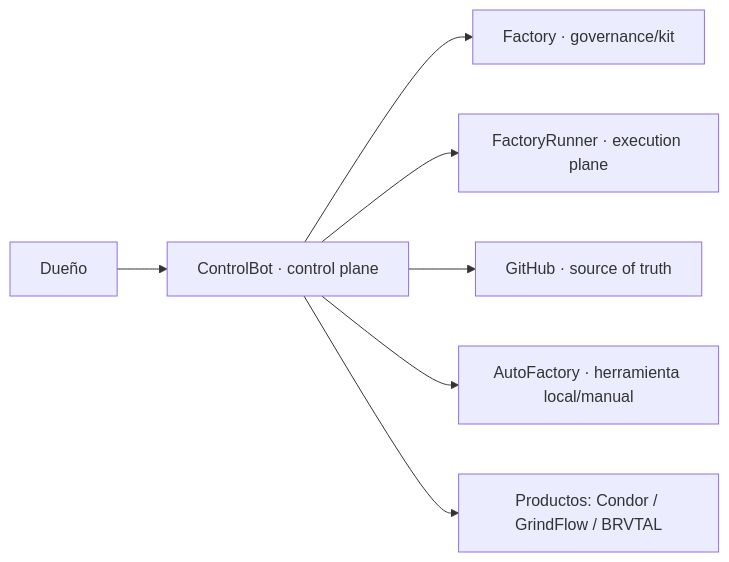
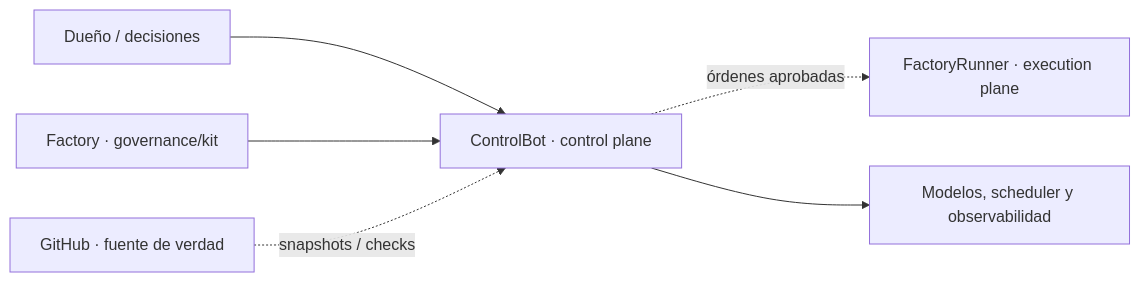
One commit to pl0n3r/ControlBot changed the diagram in README.md. Above: the diagram before and after it, drawn with Mermaid. The commit also changed other lines of this file and 1 other file, not shown here.

````diff
--- a/README.md
+++ b/README.md
@@ -69,9 +40,8 @@
 ```mermaid
 flowchart LR
-    O["Dueño"] --> C["ControlBot · control plane"]
-    C --> F["Factory · governance/kit"]
-    C --> R["FactoryRunner · execution plane"]
-    C --> G["GitHub · source of truth"]
-    C --> A["AutoFactory · herramienta local/manual"]
-    C --> P["Productos: Condor / GrindFlow / BRVTAL"]
+    O["Dueño / decisiones"] --> C["ControlBot · control plane"]
+    F["Factory · governance/kit"] --> C
+    G["GitHub · fuente de verdad"] -.->|"snapshots / checks"| C
+    C -.->|"órdenes aprobadas"| R["FactoryRunner · execution plane"]
+    C --> M["Modelos, scheduler y observabilidad"]
 ```
````
